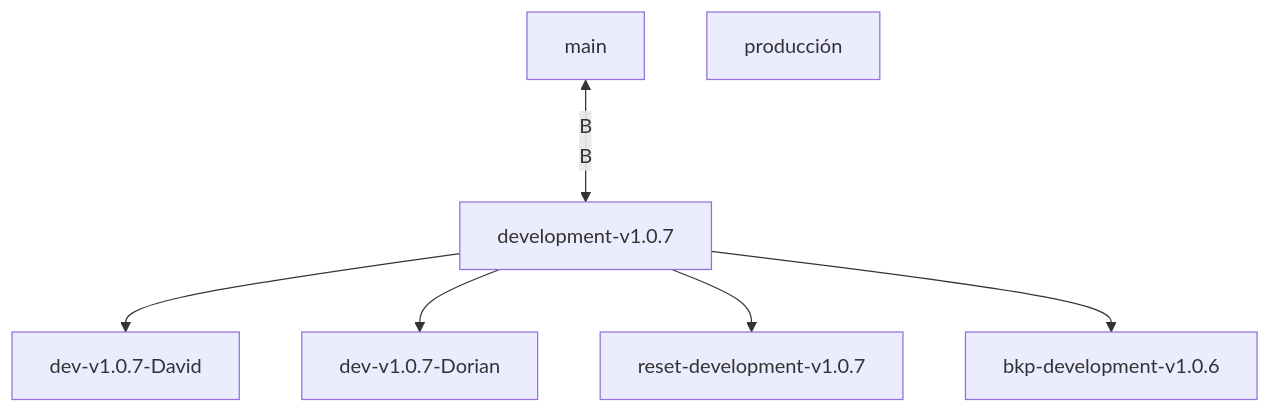
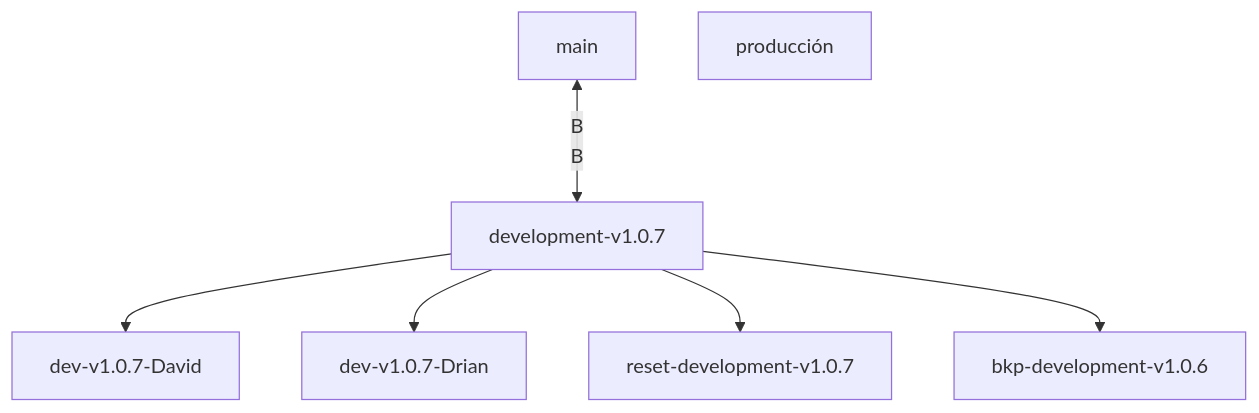
Before and after one commit to dorianprogrammer/SINPEConectaCR: the first of 2 diagrams in docs/architecture/branching-strategy.md, drawn with Mermaid. The commit also changed other lines of this file, not shown here.

````diff
--- a/docs/architecture/branching-strategy.md
+++ b/docs/architecture/branching-strategy.md
@@ -67,17 +67,17 @@
 ```mermaid
 graph TD
     A[main]
     B[producción]
     C[development-v1.0.7]
     D1[dev-v1.0.7-David]
-    D2[dev-v1.0.7-Dorian]
+    D2[dev-v1.0.7-Drian]
     E1[reset-development-v1.0.7]
     E2[bkp-development-v1.0.6]
 
     A <-- B
     B --> C
     C --> D1
     C --> D2
     C --> E1
     C --> E2
 ```
````
